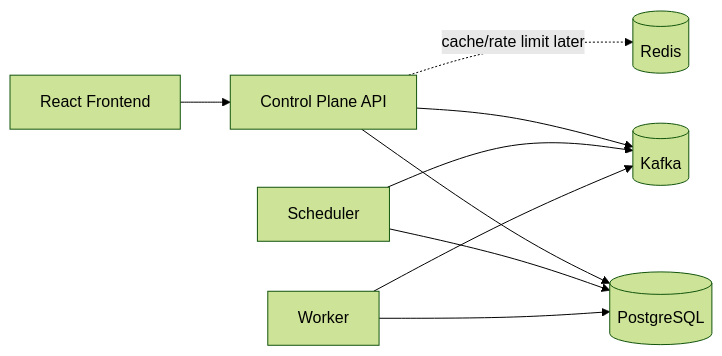
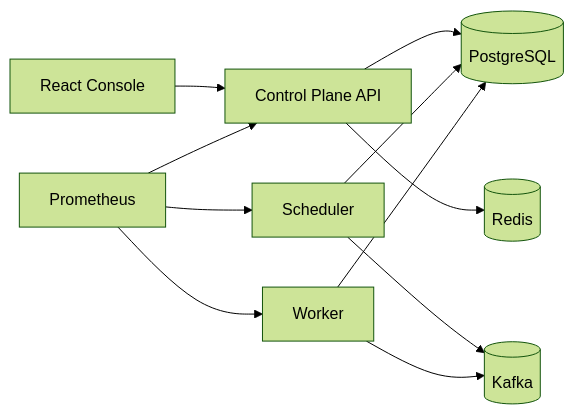
Before and after one commit to mihirgamre/taskforge: the diagram in README.md, drawn with Mermaid (forest theme). The commit also changed other lines of this file and 21 other files, not shown here.

````diff
--- a/README.md
+++ b/README.md
@@ -16,11 +20,13 @@
 ```mermaid
 flowchart LR
-  Browser[React Frontend] --> Control[Control Plane API]
-  Control --> Postgres[(PostgreSQL)]
-  Control --> Kafka[(Kafka)]
-  Scheduler[Scheduler] --> Postgres
-  Scheduler --> Kafka
+  Browser[React Console] --> CP[Control Plane API]
+  CP --> PG[(PostgreSQL)]
+  CP --> Redis[(Redis)]
+  Scheduler[Scheduler] --> PG
+  Scheduler --> Kafka[(Kafka)]
   Worker[Worker] --> Kafka
-  Worker --> Postgres
-  Control -. cache/rate limit later .-> Redis[(Redis)]
+  Worker --> PG
+  Prom[Prometheus] --> CP
+  Prom --> Scheduler
+  Prom --> Worker
 ```
````
